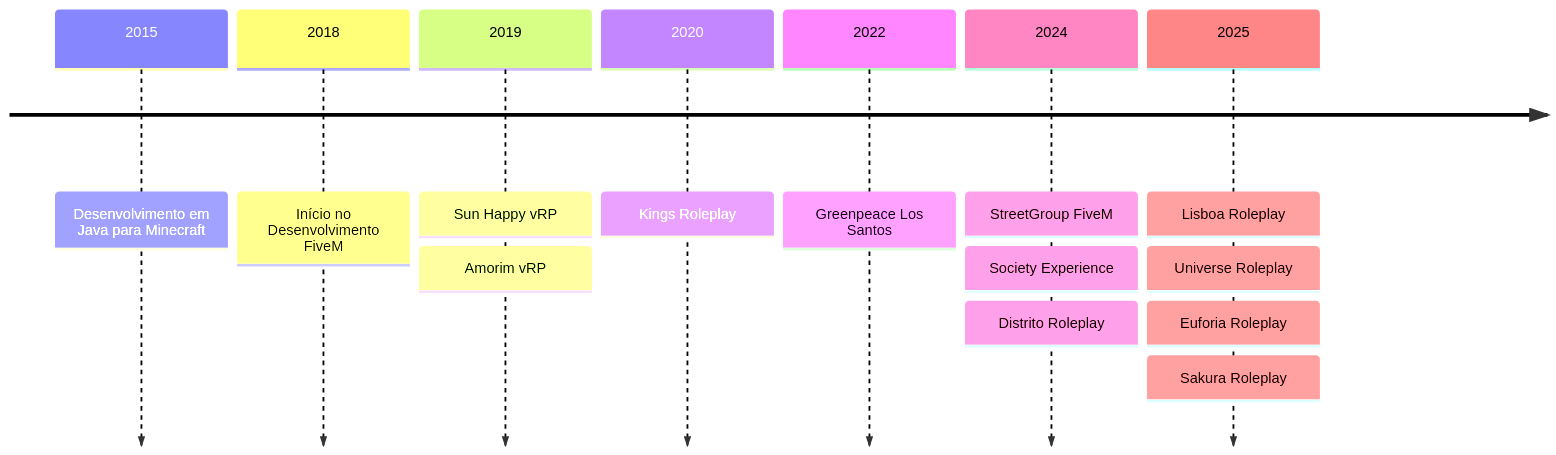
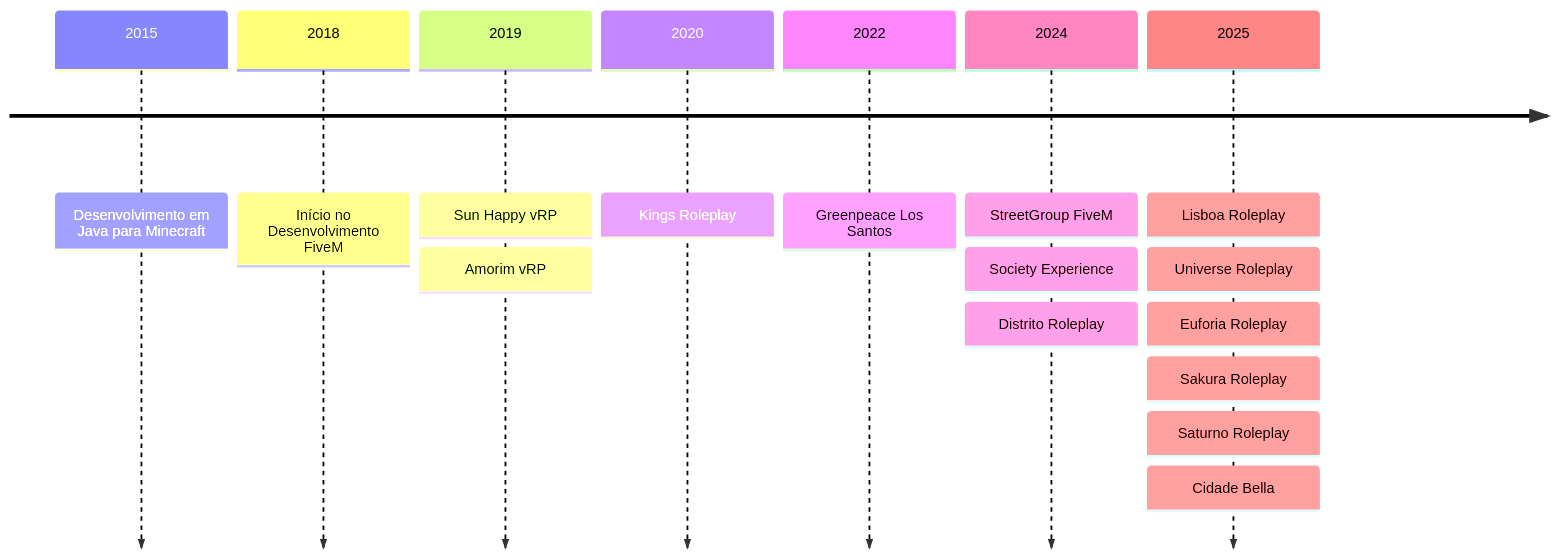
One commit to GabrielPPassos/GabrielPPassos changed the diagram in README.md. Above: the diagram before and after it, drawn with Mermaid.

````diff
--- a/README.md
+++ b/README.md
@@ -55,16 +55,18 @@
 ```mermaid
 timeline
     2015 : Desenvolvimento em Java para Minecraft
     2018 : Início no Desenvolvimento FiveM
     2019 : Sun Happy vRP
         : Amorim vRP
     2020 : Kings Roleplay
     2022 : Greenpeace Los Santos
     2024 : StreetGroup FiveM
         : Society Experience
         : Distrito Roleplay
     2025 : Lisboa Roleplay
         : Universe Roleplay
         : Euforia Roleplay
         : Sakura Roleplay
+        : Saturno Roleplay
+        : Cidade Bella
 ```
````
